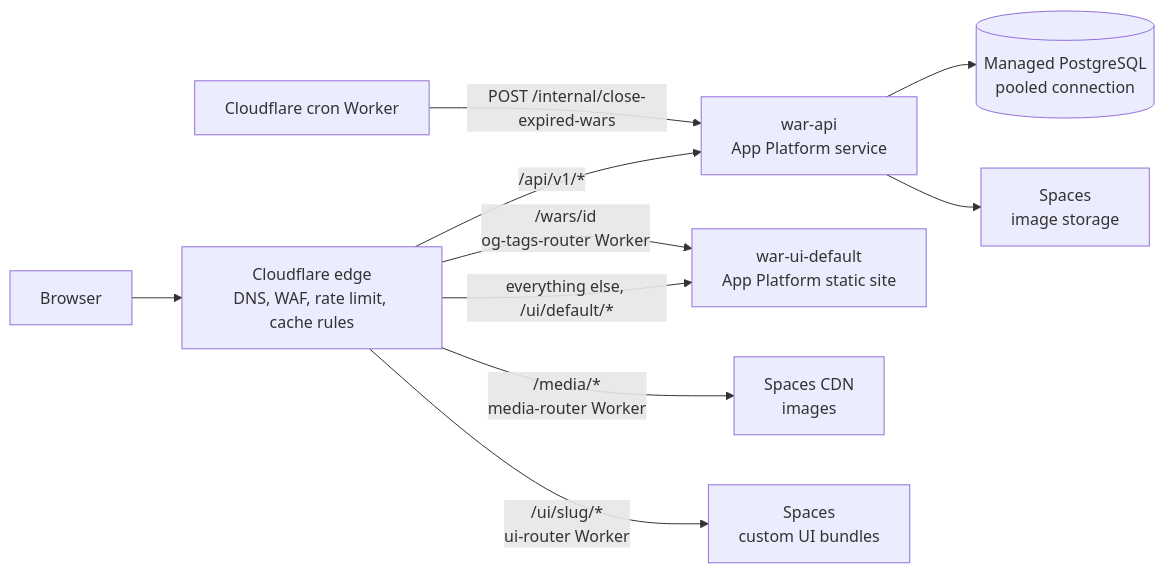
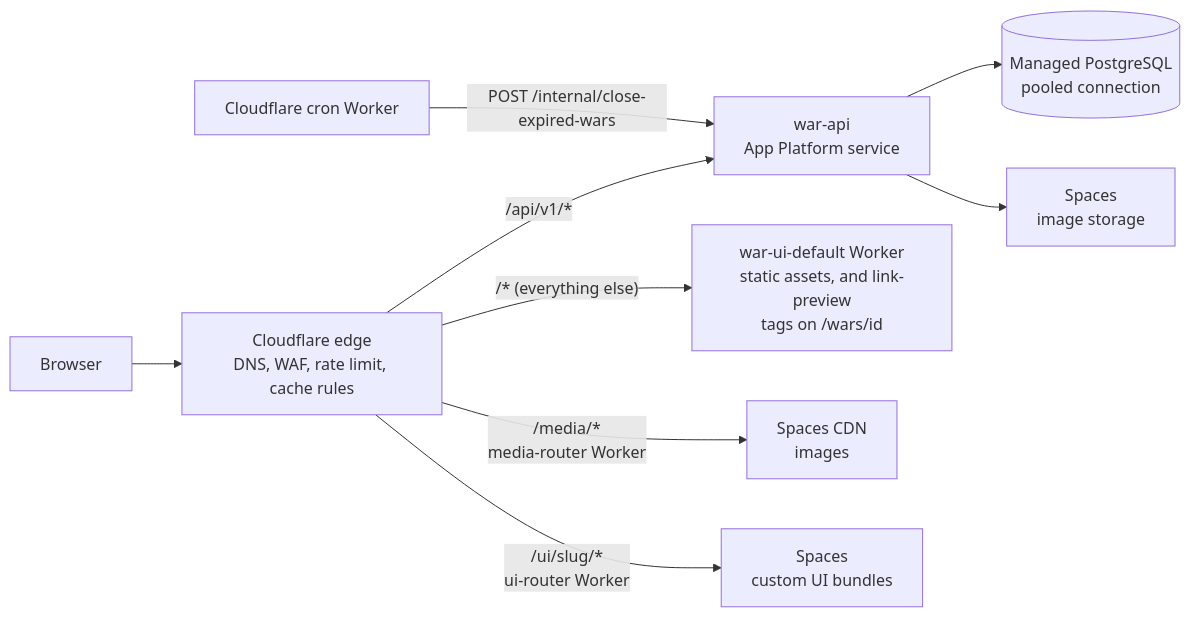
The diagram in README.md (tadams1138/war), drawn with Mermaid before and after one commit. The commit also changed other lines of this file and 1 other file, not shown here.

Commit message:
docs: describe the default UI on Workers static assets

````diff
--- a/README.md
+++ b/README.md
@@ -32,12 +32,11 @@
 ```mermaid
 flowchart LR
   B[Browser] --> CF["Cloudflare edge<br/>DNS, WAF, rate limit, cache rules"]
   CF -->|"/api/v1/*"| API["war-api<br/>App Platform service"]
-  CF -->|"everything else, /ui/default/*"| UI["war-ui-default<br/>App Platform static site"]
+  CF -->|"/* (everything else)"| UI["war-ui-default Worker<br/>static assets, and link-preview<br/>tags on /wars/id"]
   CF -->|"/media/*<br/>media-router Worker"| CDN["Spaces CDN<br/>images"]
   CF -->|"/ui/slug/*<br/>ui-router Worker"| CUI["Spaces<br/>custom UI bundles"]
-  CF -->|"/wars/id<br/>og-tags-router Worker"| UI
   API --> PG[("Managed PostgreSQL<br/>pooled connection")]
   API --> SP["Spaces<br/>image storage"]
   CRON["Cloudflare cron Worker"] -->|"POST /internal/close-expired-wars"| API
 ```
````
